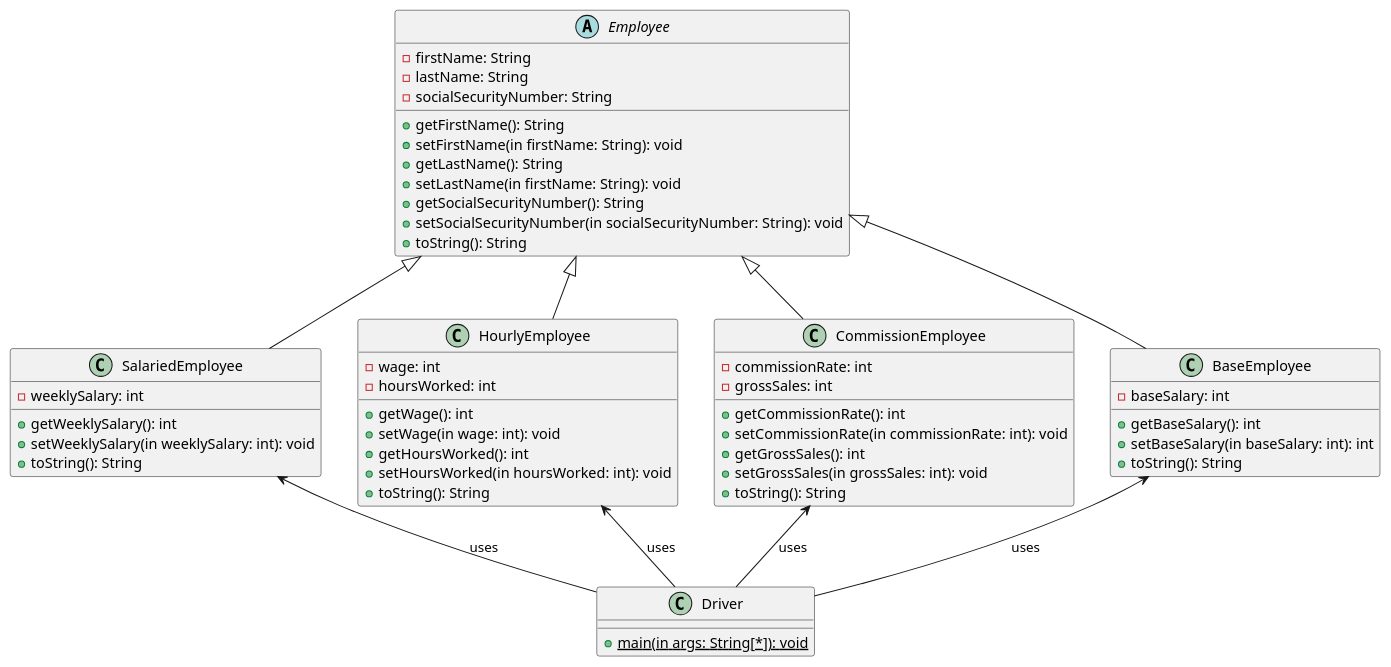
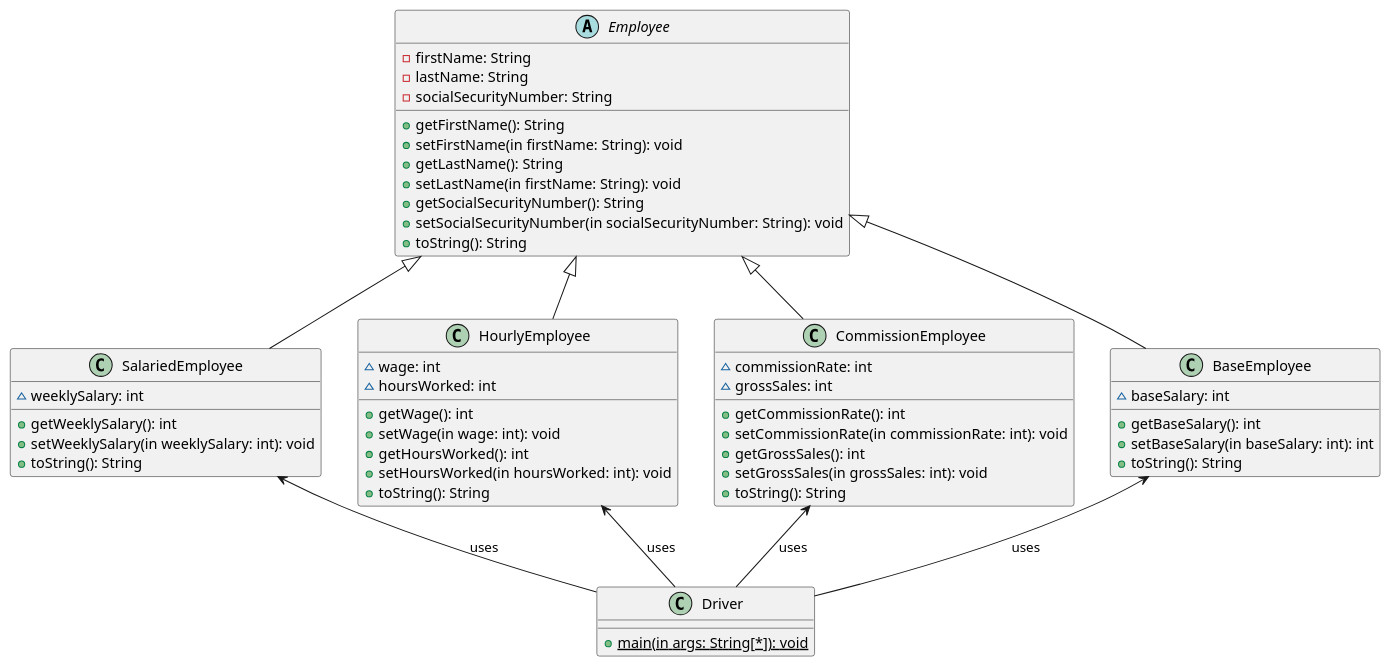
The diagram in ClassDiagrams/Inheritance.puml (Simon-D-Nguyen/CS-4800HW3), drawn with PlantUML before and after one commit.

Commit message:
Changed Inheritance.puml extending classes to have Default fields to match solution.

```diff
--- a/ClassDiagrams/Inheritance.puml
+++ b/ClassDiagrams/Inheritance.puml
@@ -1,74 +1,74 @@
 @startuml
 'https://plantuml.com/class-diagram
 
 abstract class Employee {
 -firstName: String
 -lastName: String
 -socialSecurityNumber: String
 
 + getFirstName(): String
 + setFirstName(in firstName: String): void
 + getLastName(): String
 + setLastName(in firstName: String): void
 + getSocialSecurityNumber(): String
 + setSocialSecurityNumber(in socialSecurityNumber: String): void
 + toString(): String
 }
 
 class SalariedEmployee {
-- weeklySalary: int
+~ weeklySalary: int
 
 + getWeeklySalary(): int
 + setWeeklySalary(in weeklySalary: int): void
 + toString(): String
 }
 
 
 class HourlyEmployee{
-- wage: int
-- hoursWorked: int
+~ wage: int
+~ hoursWorked: int
 
 + getWage(): int
 + setWage(in wage: int): void
 + getHoursWorked(): int
 + setHoursWorked(in hoursWorked: int): void
 + toString(): String
 }
 
 class CommissionEmployee {
-- commissionRate: int
-- grossSales: int
+~ commissionRate: int
+~ grossSales: int
 
 + getCommissionRate(): int
 + setCommissionRate(in commissionRate: int): void
 + getGrossSales(): int
 + setGrossSales(in grossSales: int): void
 + toString(): String
 }
 
 class BaseEmployee {
-- baseSalary: int
+~ baseSalary: int
 
 + getBaseSalary(): int
 + setBaseSalary(in baseSalary: int): int
 + toString(): String
 }
 
 
 Employee <|-- SalariedEmployee
 Employee <|-- HourlyEmployee
 Employee <|-- CommissionEmployee
 Employee <|-- BaseEmployee
 
 
 class Driver {
 + {static} main(in args: String[*]): void
 }
 
 SalariedEmployee <-- Driver : uses
 HourlyEmployee <-- Driver : uses
 CommissionEmployee <-- Driver : uses
 BaseEmployee <-- Driver : uses
 
 
 @enduml
```
